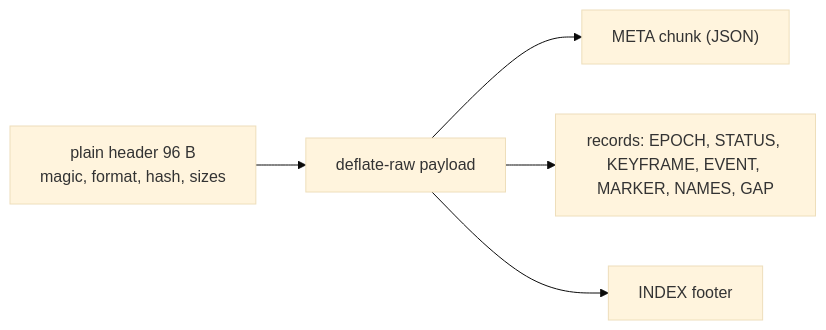
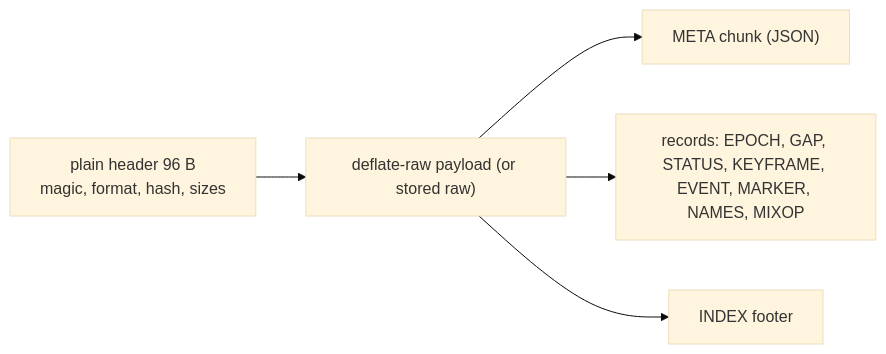
The first of 3 diagrams in docs/design/0171-audio-mix/api-and-models.md (doughtnerd/TranquilityEngine), drawn with Mermaid (base theme) before and after one commit. The commit also changed other lines of this file and 1 other file, not shown here.

````diff
--- a/docs/design/0171-audio-mix/api-and-models.md
+++ b/docs/design/0171-audio-mix/api-and-models.md
@@ -309,7 +309,7 @@
 ```mermaid
 flowchart LR
-  H["plain header 96 B<br/>magic, format, hash, sizes"] --> Z["deflate-raw payload"]
+  H["plain header 96 B<br/>magic, format, hash, sizes"] --> Z["deflate-raw payload (or stored raw)"]
   Z --> M["META chunk (JSON)"]
-  Z --> R["records: EPOCH, STATUS, KEYFRAME, EVENT, MARKER, NAMES, GAP"]
+  Z --> R["records: EPOCH, GAP, STATUS, KEYFRAME, EVENT, MARKER, NAMES, MIXOP"]
   Z --> I["INDEX footer"]
 ```
````
